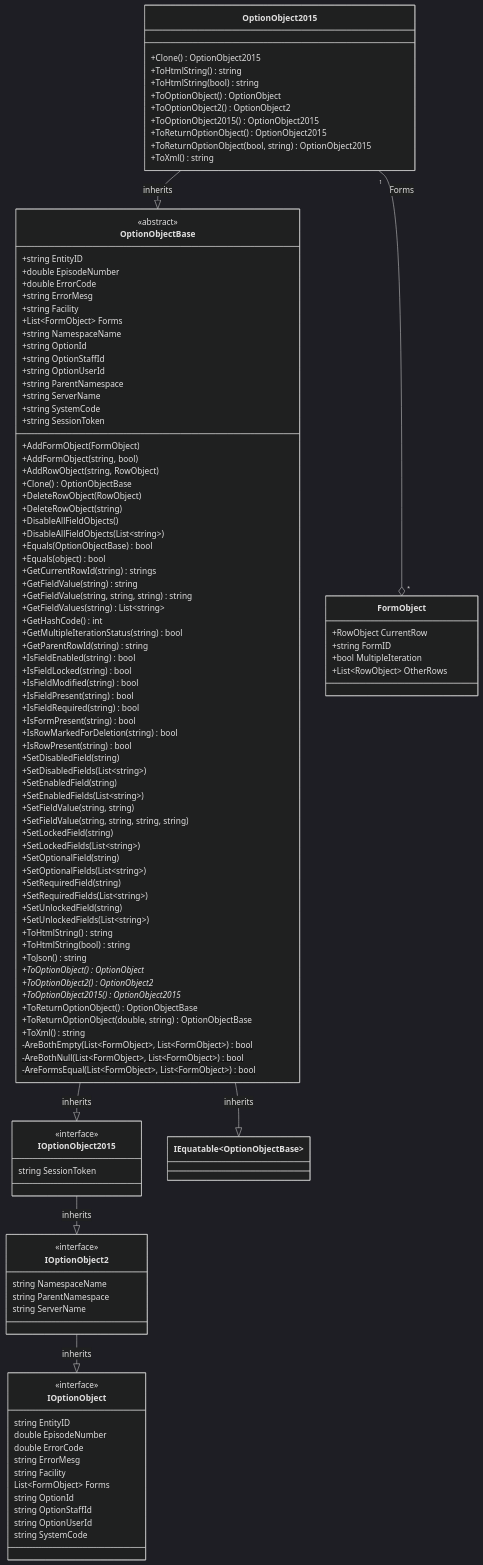
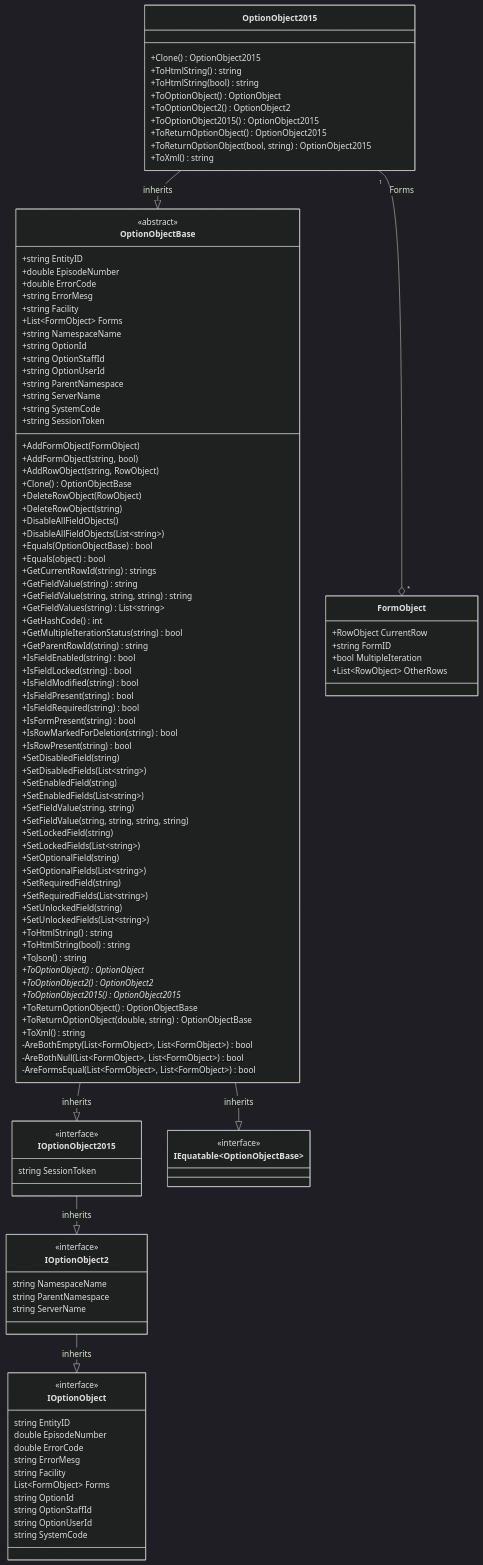
The second of 2 diagrams in docs/docs/dotnet/data-model/optionobject2015.mdx (rarelysimple/RarelySimple.AvatarScriptLink), drawn with Mermaid (dark theme) before and after one commit. The commit also changed 1 other file, not shown here.

Commit message:
add fieldobject examples and diagrams

```diff
--- a/docs/docs/dotnet/data-model/optionobject2015.mdx
+++ b/docs/docs/dotnet/data-model/optionobject2015.mdx
@@ -256,97 +256,100 @@
     +ToXml() string
 }
 
-class OptionObjectBase
+class OptionObjectBase {
+    +string EntityID
+    +double EpisodeNumber
+    +double ErrorCode
+    +string ErrorMesg
+    +string Facility
+    +List~FormObject~ Forms
+    +string NamespaceName
+    +string OptionId
+    +string OptionStaffId
+    +string OptionUserId
+    +string ParentNamespace
+    +string ServerName
+    +string SystemCode
+    +string SessionToken
+    +AddFormObject(FormObject)
+    +AddFormObject(string, bool)
+    +AddRowObject(string, RowObject)
+    +Clone() OptionObjectBase
+    +DeleteRowObject(RowObject)
+    +DeleteRowObject(string)
+    +DisableAllFieldObjects()
+    +DisableAllFieldObjects(List~string~)
+    +Equals(OptionObjectBase) bool
+    +Equals(object) bool
+    +GetCurrentRowId(string) strings
+    +GetFieldValue(string) string
+    +GetFieldValue(string, string, string) string
+    +GetFieldValues(string) List~string~
+    +GetHashCode() int
+    +GetMultipleIterationStatus(string) bool
+    +GetParentRowId(string) string
+    +IsFieldEnabled(string) bool
+    +IsFieldLocked(string) bool
+    +IsFieldModified(string) bool
+    +IsFieldPresent(string) bool
+    +IsFieldRequired(string) bool
+    +IsFormPresent(string) bool
+    +IsRowMarkedForDeletion(string) bool
+    +IsRowPresent(string) bool
+    +SetDisabledField(string)
+    +SetDisabledFields(List~string~)
+    +SetEnabledField(string)
+    +SetEnabledFields(List~string~)
+    +SetFieldValue(string, string)
+    +SetFieldValue(string, string, string, string)
+    +SetLockedField(string)
+    +SetLockedFields(List~string~)
+    +SetOptionalField(string)
+    +SetOptionalFields(List~string~)
+    +SetRequiredField(string)
+    +SetRequiredFields(List~string~)
+    +SetUnlockedField(string)
+    +SetUnlockedFields(List~string~)
+    +ToHtmlString() string
+    +ToHtmlString(bool) string
+    +ToJson() string
+    +ToOptionObject()* OptionObject
+    +ToOptionObject2()* OptionObject2
+    +ToOptionObject2015()* OptionObject2015
+    +ToReturnOptionObject() OptionObjectBase
+    +ToReturnOptionObject(double, string) OptionObjectBase
+    +ToXml() string
+    -AreBothEmpty(List~FormObject~, List~FormObject~)$ bool
+    -AreBothNull(List~FormObject~, List~FormObject~)$ bool
+    -AreFormsEqual(List~FormObject~, List~FormObject~)$ bool
+}
 <<abstract>> OptionObjectBase
-OptionObjectBase : +string EntityID
-OptionObjectBase : +double EpisodeNumber
-OptionObjectBase : +double ErrorCode
-OptionObjectBase : +string ErrorMesg
-OptionObjectBase : +string Facility
-OptionObjectBase : +List~FormObject~ Forms
-OptionObjectBase : +string NamespaceName
-OptionObjectBase : +string OptionId
-OptionObjectBase : +string OptionStaffId
-OptionObjectBase : +string OptionUserId
-OptionObjectBase : +string ParentNamespace
-OptionObjectBase : +string ServerName
-OptionObjectBase : +string SystemCode
-OptionObjectBase : +string SessionToken
-OptionObjectBase : +AddFormObject(FormObject)
-OptionObjectBase : +AddFormObject(string, bool)
-OptionObjectBase : +AddRowObject(string, RowObject)
-OptionObjectBase : +Clone() OptionObjectBase
-OptionObjectBase : +DeleteRowObject(RowObject)
-OptionObjectBase : +DeleteRowObject(string)
-OptionObjectBase : +DisableAllFieldObjects()
-OptionObjectBase : +DisableAllFieldObjects(List~string~)
-OptionObjectBase : +Equals(OptionObjectBase) bool
-OptionObjectBase : +Equals(object) bool
-OptionObjectBase : +GetCurrentRowId(string) strings
-OptionObjectBase : +GetFieldValue(string) string
-OptionObjectBase : +GetFieldValue(string, string, string) string
-OptionObjectBase : +GetFieldValues(string) List~string~
-OptionObjectBase : +GetHashCode() int
-OptionObjectBase : +GetMultipleIterationStatus(string) bool
-OptionObjectBase : +GetParentRowId(string) string
-OptionObjectBase : +IsFieldEnabled(string) bool
-OptionObjectBase : +IsFieldLocked(string) bool
-OptionObjectBase : +IsFieldModified(string) bool
-OptionObjectBase : +IsFieldPresent(string) bool
-OptionObjectBase : +IsFieldRequired(string) bool
-OptionObjectBase : +IsFormPresent(string) bool
-OptionObjectBase : +IsRowMarkedForDeletion(string) bool
-OptionObjectBase : +IsRowPresent(string) bool
-OptionObjectBase : +SetDisabledField(string)
-OptionObjectBase : +SetDisabledFields(List~string~)
-OptionObjectBase : +SetEnabledField(string)
-OptionObjectBase : +SetEnabledFields(List~string~)
-OptionObjectBase : +SetFieldValue(string, string)
-OptionObjectBase : +SetFieldValue(string, string, string, string)
-OptionObjectBase : +SetLockedField(string)
-OptionObjectBase : +SetLockedFields(List~string~)
-OptionObjectBase : +SetOptionalField(string)
-OptionObjectBase : +SetOptionalFields(List~string~)
-OptionObjectBase : +SetRequiredField(string)
-OptionObjectBase : +SetRequiredFields(List~string~)
-OptionObjectBase : +SetUnlockedField(string)
-OptionObjectBase : +SetUnlockedFields(List~string~)
-OptionObjectBase : +ToHtmlString() string
-OptionObjectBase : +ToHtmlString(bool) string
-OptionObjectBase : +ToJson() string
-OptionObjectBase : +ToOptionObject()* OptionObject
-OptionObjectBase : +ToOptionObject2()* OptionObject2
-OptionObjectBase : +ToOptionObject2015()* OptionObject2015
-OptionObjectBase : +ToReturnOptionObject() OptionObjectBase
-OptionObjectBase : +ToReturnOptionObject(double, string) OptionObjectBase
-OptionObjectBase : +ToXml() string
-OptionObjectBase : -AreBothEmpty(List~FormObject~, List~FormObject~)$ bool
-OptionObjectBase : -AreBothNull(List~FormObject~, List~FormObject~)$ bool
-OptionObjectBase : -AreFormsEqual(List~FormObject~, List~FormObject~)$ bool
 
-class IOptionObject2015
+class IOptionObject2015 {
+    string SessionToken
+}
 <<interface>> IOptionObject2015
-IOptionObject2015 : string SessionToken
 
-class IOptionObject2
+class IOptionObject2 {
+    string NamespaceName
+    string ParentNamespace
+    string ServerName
+}
 <<interface>> IOptionObject2
-IOptionObject2 : string NamespaceName
-IOptionObject2 : string ParentNamespace
-IOptionObject2 : string ServerName
 
-
-class IOptionObject
+class IOptionObject {
+    string EntityID
+    double EpisodeNumber
+    double ErrorCode
+    string ErrorMesg
+    string Facility
+    List~FormObject~ Forms
+    string OptionId
+    string OptionStaffId
+    string OptionUserId
+    string SystemCode
+}
 <<interface>> IOptionObject
-IOptionObject : string EntityID
-IOptionObject : double EpisodeNumber
-IOptionObject : double ErrorCode
-IOptionObject : string ErrorMesg
-IOptionObject : string Facility
-IOptionObject : List~FormObject~ Forms
-IOptionObject : string OptionId
-IOptionObject : string OptionStaffId
-IOptionObject : string OptionUserId
-IOptionObject : string SystemCode
 
 class FormObject{
     +RowObject CurrentRow
@@ -354,6 +357,9 @@
     +bool MultipleIteration
     +List~RowObject~ OtherRows
 }
+
+class IEquatable~OptionObjectBase~
+<<interface>> IEquatable~OptionObjectBase~
 
 OptionObject2015 "1" --o "*" FormObject : Forms
 
```
